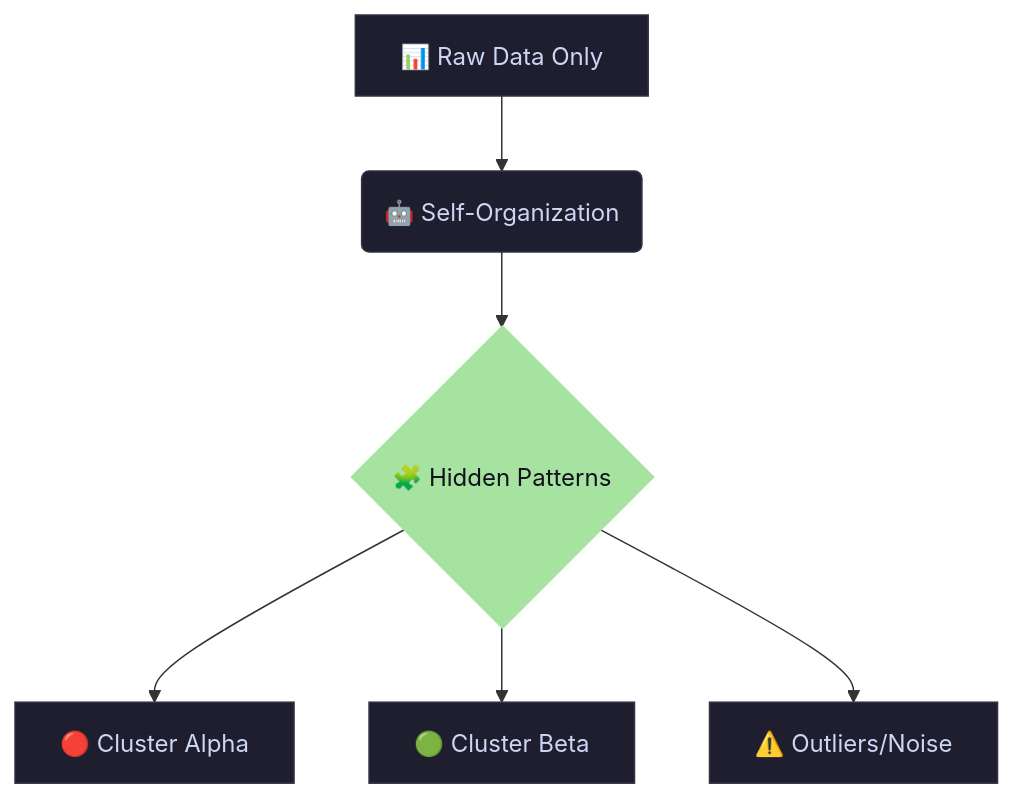
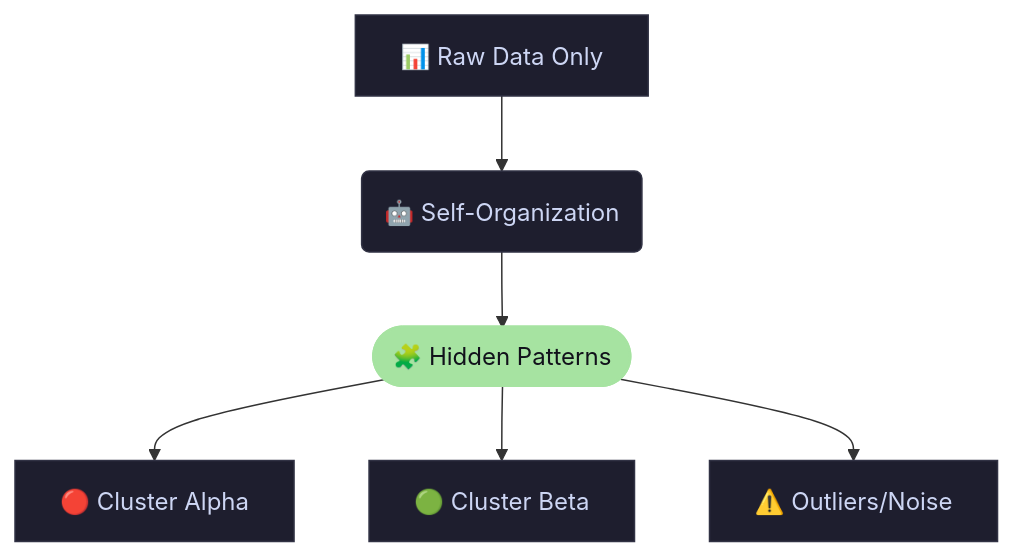
Before and after one commit to jingerlab/pibm_demo: the second of 2 diagrams in slides.md, drawn with Mermaid. The commit also changed other lines of this file, not shown here.

````diff
--- a/slides.md
+++ b/slides.md
@@ -149,15 +147,15 @@
 ```mermaid
 graph TD
     %% Define Theme Style
     classDef default fill:#1e1e2e,stroke:#313244,stroke-width:1px,color:#cdd6f4;
     classDef discovery fill:#a6e3a1,stroke:#a6e3a1,stroke-width:2px,color:#11111b;
     
     X[📊 Raw Data Only] --> Y(🤖 Self-Organization)
-    Y --> Z{🧩 Hidden Patterns}
+    Y --> Z([🧩 Hidden Patterns])
     
     Z --> Z1[🔴 Cluster Alpha]
     Z --> Z2[🟢 Cluster Beta]
     Z --> Z3[⚠️ Outliers/Noise]
     
     class Z discovery;
 ```
````
